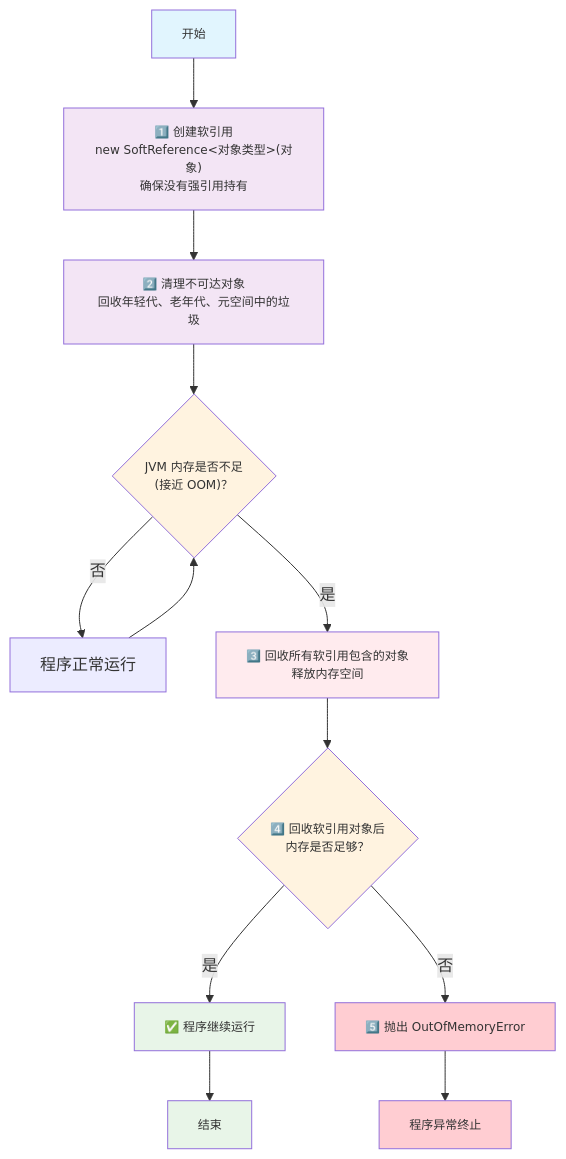
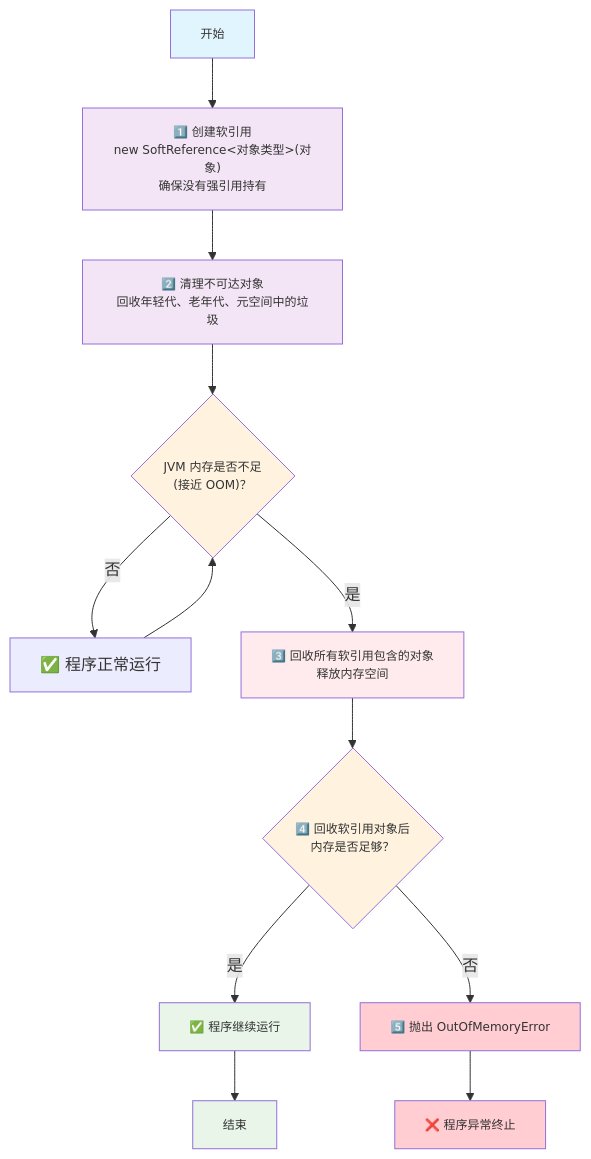
The diagram in docs/zh/02.Java语言补充/07.JVM/01.基础篇/05.JVM的垃圾回收/index.md (Aurorxa/java), drawn with Mermaid before and after one commit. The commit also changed other lines of this file, not shown here.

````diff
--- a/docs/zh/02.Java语言补充/07.JVM/01.基础篇/05.JVM的垃圾回收/index.md
+++ b/docs/zh/02.Java语言补充/07.JVM/01.基础篇/05.JVM的垃圾回收/index.md
@@ -1081,25 +1081,25 @@
 ```mermaid
 flowchart TD
     A[开始] --> B["1️⃣ 创建软引用<br/>new SoftReference&lt;对象类型&gt;(对象)<br/>确保没有强引用持有"]
     B --> C["2️⃣ 清理不可达对象<br/>回收年轻代、老年代、元空间中的垃圾"]
     C --> D{"JVM 内存是否不足<br/>(接近 OOM)？"}
-    D -->|否| E[程序正常运行]
+    D -->|否| E[✅ 程序正常运行]
     E --> D
     D -->|是| F["3️⃣ 回收所有软引用包含的对象<br/>释放内存空间"]
     F --> G{"4️⃣ 回收软引用对象后<br/>内存是否足够？"}
     G -->|是| H["✅ 程序继续运行"]
     G -->|否| I["5️⃣ 抛出 OutOfMemoryError"]
     H --> J[结束]
-    I --> K[程序异常终止]
+    I --> K[❌ 程序异常终止]
     
     style A fill:#e1f5fe,font-size:12px,padding:2px
     style B fill:#f3e5f5,font-size:12px,padding:2px
     style C fill:#f3e5f5,font-size:12px,padding:2px
     style D fill:#fff3e0,font-size:12px,padding:2px
     style F fill:#ffebee,font-size:12px,padding:2px
     style G fill:#fff3e0,font-size:12px,padding:2px
     style H fill:#e8f5e8,font-size:12px,padding:2px
     style I fill:#ffcdd2,font-size:12px,padding:2px
     style J fill:#e8f5e8,font-size:12px,padding:2px
     style K fill:#ffcdd2,font-size:12px,padding:2px
 ```
````
